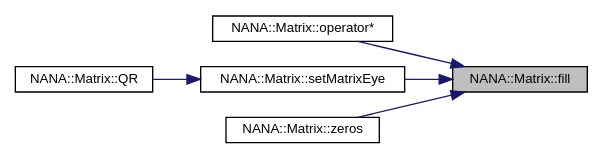
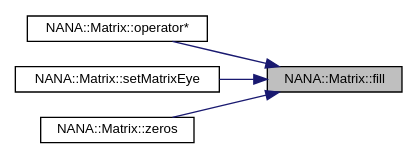
Before and after one commit to YuruTu/NANA: the diagram in docs/class_n_a_n_a_1_1_matrix_aeac2a4af02d821da6f1890f4073eac51_icgraph.dot, drawn with Graphviz. The commit also changed 83 other files, not shown here.

```diff
--- a/docs/class_n_a_n_a_1_1_matrix_aeac2a4af02d821da6f1890f4073eac51_icgraph.dot
+++ b/docs/class_n_a_n_a_1_1_matrix_aeac2a4af02d821da6f1890f4073eac51_icgraph.dot
@@ -1,16 +1,14 @@
 digraph "NANA::Matrix::fill"
 {
  // LATEX_PDF_SIZE
   edge [fontname="Helvetica",fontsize="10",labelfontname="Helvetica",labelfontsize="10"];
   node [fontname="Helvetica",fontsize="10",shape=record];
   rankdir="RL";
   Node1 [label="NANA::Matrix::fill",height=0.2,width=0.4,color="black", fillcolor="grey75", style="filled", fontcolor="black",tooltip="用value填充Matrix的全部内容"];
   Node1 -> Node2 [dir="back",color="midnightblue",fontsize="10",style="solid",fontname="Helvetica"];
   Node2 [label="NANA::Matrix::operator*",height=0.2,width=0.4,color="black", fillcolor="white", style="filled",URL="$class_n_a_n_a_1_1_matrix.html#ab786de825d5a93ff1bdc1c908b0c9b30",tooltip="实现矩阵的乘法"];
   Node1 -> Node3 [dir="back",color="midnightblue",fontsize="10",style="solid",fontname="Helvetica"];
   Node3 [label="NANA::Matrix::setMatrixEye",height=0.2,width=0.4,color="black", fillcolor="white", style="filled",URL="$class_n_a_n_a_1_1_matrix.html#a0a5423a5d4ad70b3225216b7a6542ee4",tooltip="将当前矩阵设置为单位矩阵"];
-  Node3 -> Node4 [dir="back",color="midnightblue",fontsize="10",style="solid",fontname="Helvetica"];
-  Node4 [label="NANA::Matrix::QR",height=0.2,width=0.4,color="black", fillcolor="white", style="filled",URL="$class_n_a_n_a_1_1_matrix.html#aa7c0b878879e366512929f60b01b883b",tooltip="基于豪斯荷尔德变换实现矩阵的QR分解"];
-  Node1 -> Node5 [dir="back",color="midnightblue",fontsize="10",style="solid",fontname="Helvetica"];
-  Node5 [label="NANA::Matrix::zeros",height=0.2,width=0.4,color="black", fillcolor="white", style="filled",URL="$class_n_a_n_a_1_1_matrix.html#aca43ab15a7bcbb1b79bba0e384064194",tooltip="生成全0矩阵"];
+  Node1 -> Node4 [dir="back",color="midnightblue",fontsize="10",style="solid",fontname="Helvetica"];
+  Node4 [label="NANA::Matrix::zeros",height=0.2,width=0.4,color="black", fillcolor="white", style="filled",URL="$class_n_a_n_a_1_1_matrix.html#aca43ab15a7bcbb1b79bba0e384064194",tooltip="生成全0矩阵"];
 }
```
